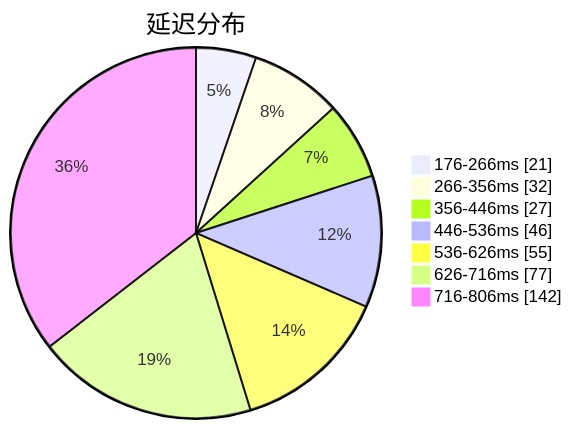
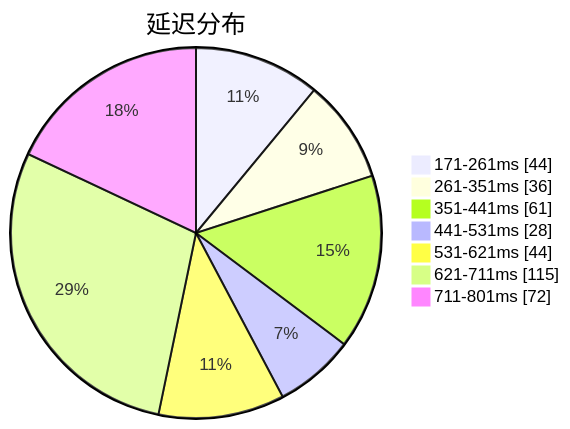
The first of 3 diagrams in subs/statistics/tested_within.md (qjlxg/airport), drawn with Mermaid before and after one commit. The commit also changed other lines of this file and 2 other files, not shown here.

````diff
--- a/subs/statistics/tested_within.md
+++ b/subs/statistics/tested_within.md
@@ -2,11 +2,11 @@
 ```mermaid
 pie showData
 title 延迟分布
-"176-266ms" : 21
-"266-356ms" : 32
-"356-446ms" : 27
-"446-536ms" : 46
-"536-626ms" : 55
-"626-716ms" : 77
-"716-806ms" : 142
+"171-261ms" : 44
+"261-351ms" : 36
+"351-441ms" : 61
+"441-531ms" : 28
+"531-621ms" : 44
+"621-711ms" : 115
+"711-801ms" : 72
 ```
````
